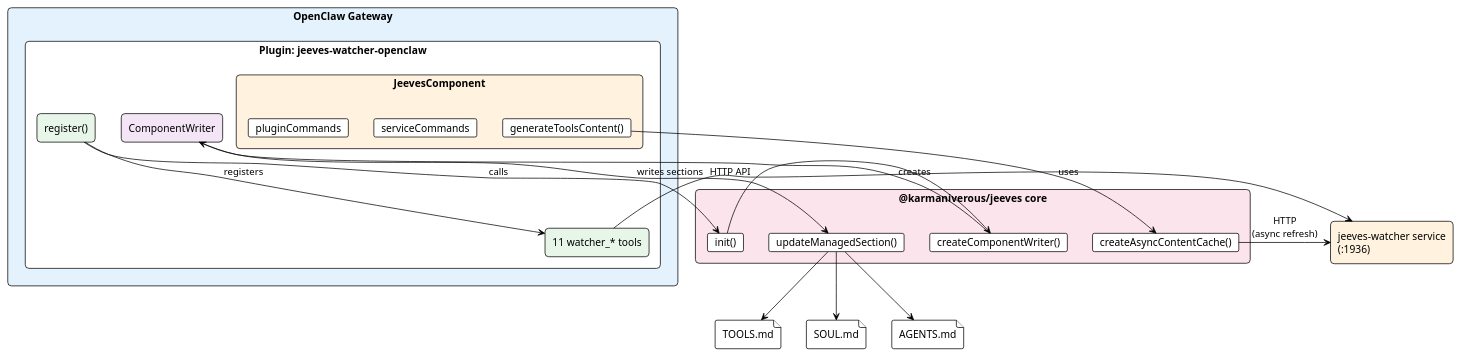
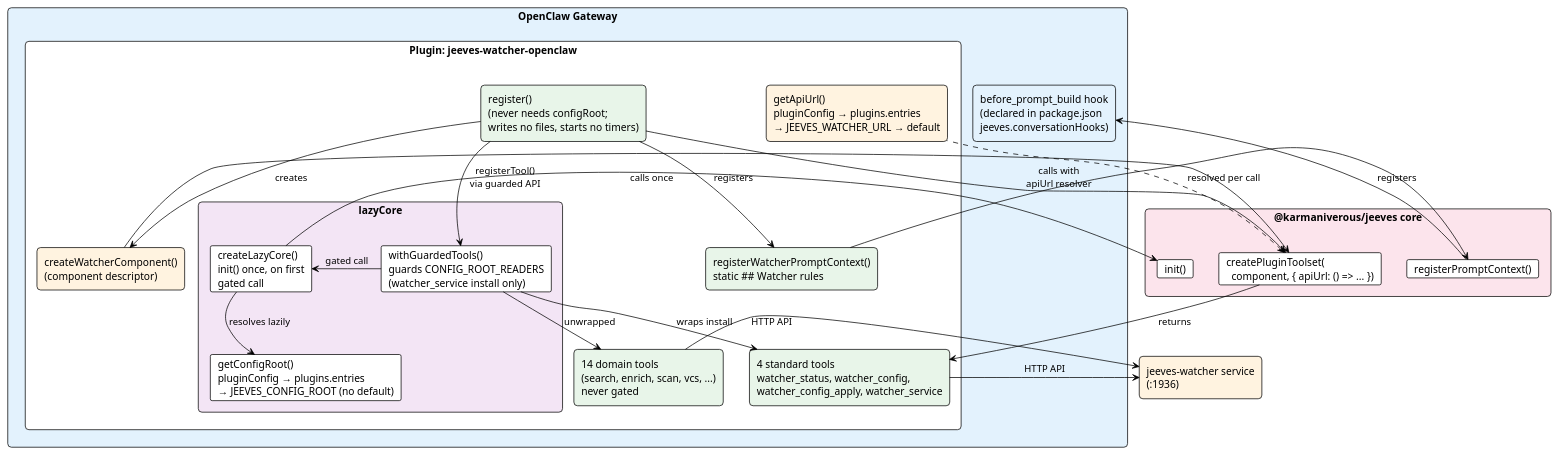
The diagram in packages/openclaw/diagrams/plugin-architecture.pu (karmaniverous/jeeves-watcher), drawn with PlantUML before and after one commit.

Commit message:
[234] docs(openclaw): update plugin architecture diagram

```diff
--- a/packages/openclaw/diagrams/plugin-architecture.pu
+++ b/packages/openclaw/diagrams/plugin-architecture.pu
@@ -1,48 +1,52 @@
 @startuml plugin-architecture
 !theme plain
 skinparam backgroundColor white
 skinparam defaultFontName Arial
 skinparam rectangle {
   RoundCorner 10
 }
 
 rectangle "OpenClaw Gateway" as gateway #e3f2fd {
   rectangle "Plugin: jeeves-watcher-openclaw" as plugin {
-    rectangle "register()" as reg #e8f5e9
-    rectangle "11 watcher_* tools" as tools #e8f5e9
-    rectangle "JeevesComponent" as component #fff3e0 {
-      card "generateToolsContent()" as gen
-      card "serviceCommands" as svc
-      card "pluginCommands" as plg
+    rectangle "register()\n(never needs configRoot;\nwrites no files, starts no timers)" as reg #e8f5e9
+    rectangle "createWatcherComponent()\n(component descriptor)" as component #fff3e0
+    rectangle "getApiUrl()\npluginConfig → plugins.entries\n→ JEEVES_WATCHER_URL → default" as apiurl #fff3e0
+    rectangle "lazyCore" as lazy #f3e5f5 {
+      card "withGuardedTools()\nguards CONFIG_ROOT_READERS\n(watcher_service install only)" as guard
+      card "createLazyCore()\ninit() once, on first\ngated call" as ensure
+      card "getConfigRoot()\npluginConfig → plugins.entries\n→ JEEVES_CONFIG_ROOT (no default)" as cfgroot
     }
-    rectangle "ComponentWriter" as writer #f3e5f5
+    rectangle "4 standard tools\nwatcher_status, watcher_config,\nwatcher_config_apply, watcher_service" as stdtools #e8f5e9
+    rectangle "14 domain tools\n(search, enrich, scan, vcs, ...)\nnever gated" as domtools #e8f5e9
+    rectangle "registerWatcherPromptContext()\nstatic ## Watcher rules" as prompt #e8f5e9
   }
+  rectangle "before_prompt_build hook\n(declared in package.json\njeeves.conversationHooks)" as hook #e3f2fd
 }
 
 rectangle "@karmaniverous/jeeves core" as core #fce4ec {
+  card "createPluginToolset(\n  component, { apiUrl: () => ... })" as cpt
+  card "registerPromptContext()" as rpc
   card "init()" as init
-  card "createComponentWriter()" as ccw
-  card "createAsyncContentCache()" as cache
-  card "updateManagedSection()" as ums
 }
 
 rectangle "jeeves-watcher service\n(:1936)" as watcher #fff3e0
 
-file "TOOLS.md" as toolsmd
-file "SOUL.md" as soulmd
-file "AGENTS.md" as agentsmd
+reg -down-> component : creates
+reg -down-> cpt : calls with\napiUrl resolver
+component -right-> cpt
+apiurl .up.> cpt : resolved per call
+cpt -down-> stdtools : returns
+reg -down-> guard : registerTool()\nvia guarded API
+guard -down-> stdtools : wraps install
+guard -down-> domtools : unwrapped
+guard -right-> ensure : gated call
+ensure -down-> cfgroot : resolves lazily
+ensure -right-> init : calls once
 
-reg -down-> tools : registers
-reg -down-> init : calls
-init -right-> ccw
-ccw -down-> writer : creates
+reg -down-> prompt : registers
+prompt -down-> rpc
+rpc -up-> hook : registers
 
-gen -down-> cache : uses
-cache -right-> watcher : HTTP\n(async refresh)
-writer -down-> ums : writes sections
-ums -down-> toolsmd
-ums -down-> soulmd
-ums -down-> agentsmd
-
-tools -right-> watcher : HTTP API
+stdtools -right-> watcher : HTTP API
+domtools -right-> watcher : HTTP API
 @enduml
```
